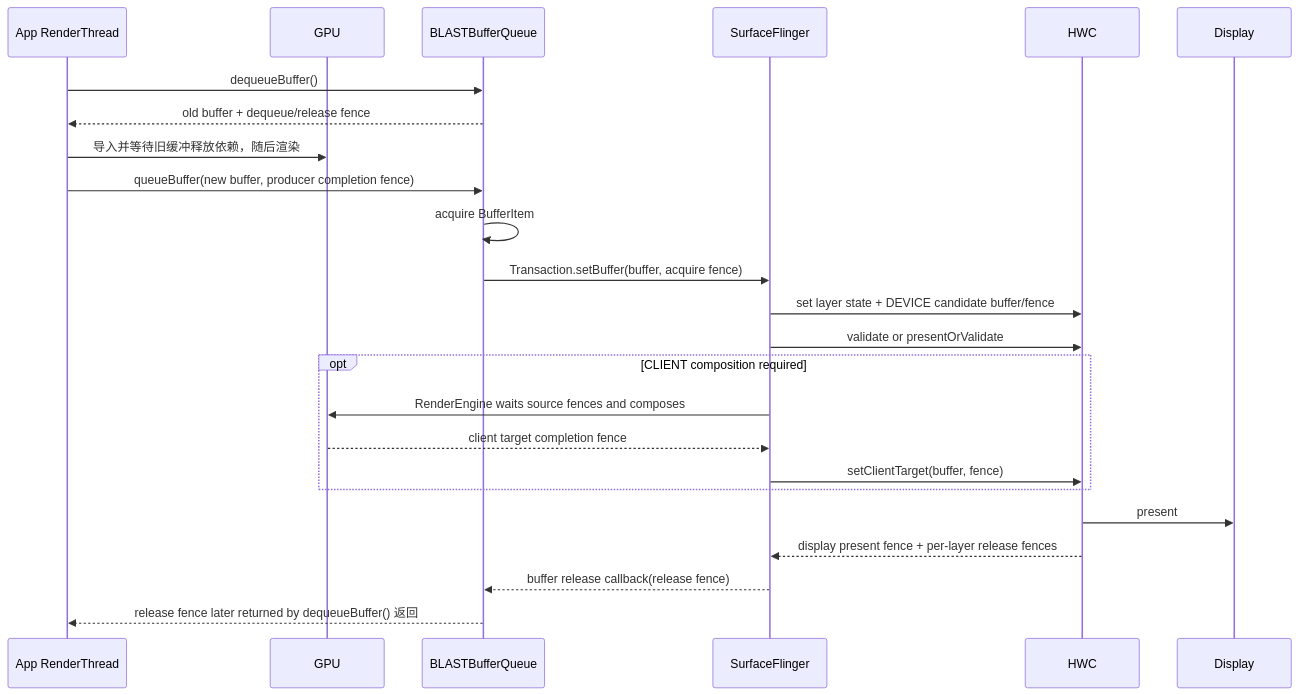
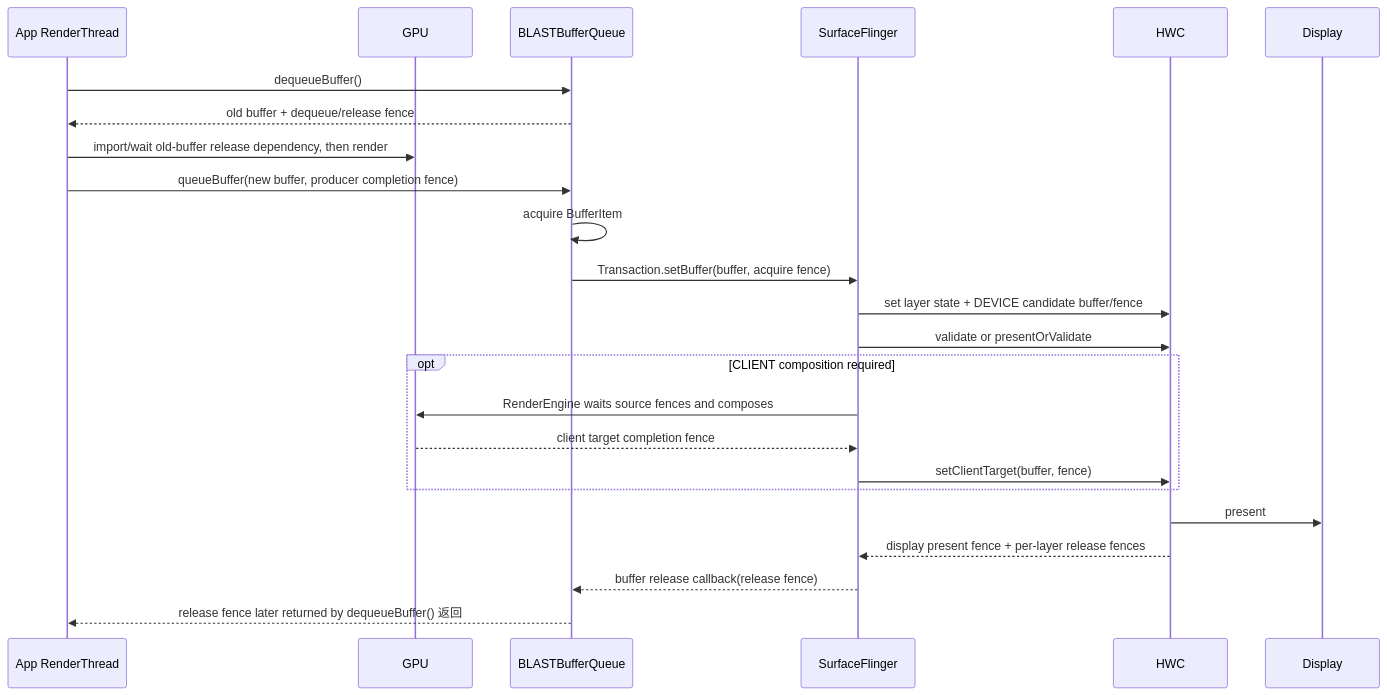
Before and after one commit to Gracker/android-internals-wiki: the diagram in src/part1-fundamentals/ch02-rendering/16-sync-fence.md, drawn with Mermaid. The commit also changed other lines of this file and 4 other files, not shown here.

````diff
--- a/src/part1-fundamentals/ch02-rendering/16-sync-fence.md
+++ b/src/part1-fundamentals/ch02-rendering/16-sync-fence.md
@@ -210,27 +210,27 @@
 ```mermaid
 sequenceDiagram
     participant RT as App RenderThread
     participant GPU
     participant BBQ as BLASTBufferQueue
     participant SF as SurfaceFlinger
     participant HWC
     participant D as Display
 
     RT->>BBQ: dequeueBuffer()
     BBQ-->>RT: old buffer + dequeue/release fence
-    RT->>GPU: 导入并等待旧缓冲释放依赖，随后渲染
+    RT->>GPU: import/wait old-buffer release dependency, then render
     RT->>BBQ: queueBuffer(new buffer, producer completion fence)
     BBQ->>BBQ: acquire BufferItem
     BBQ->>SF: Transaction.setBuffer(buffer, acquire fence)
     SF->>HWC: set layer state + DEVICE candidate buffer/fence
     SF->>HWC: validate or presentOrValidate
     opt CLIENT composition required
         SF->>GPU: RenderEngine waits source fences and composes
         GPU-->>SF: client target completion fence
         SF->>HWC: setClientTarget(buffer, fence)
     end
     HWC->>D: present
     HWC-->>SF: display present fence + per-layer release fences
     SF-->>BBQ: buffer release callback(release fence)
     BBQ-->>RT: release fence later returned by dequeueBuffer() 返回
 ```
````
